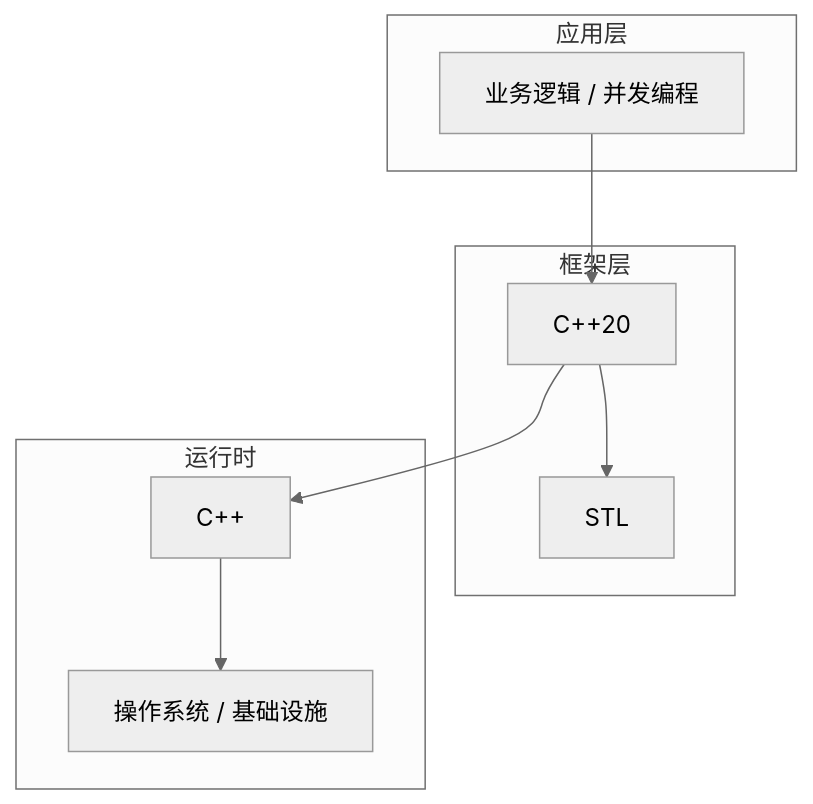
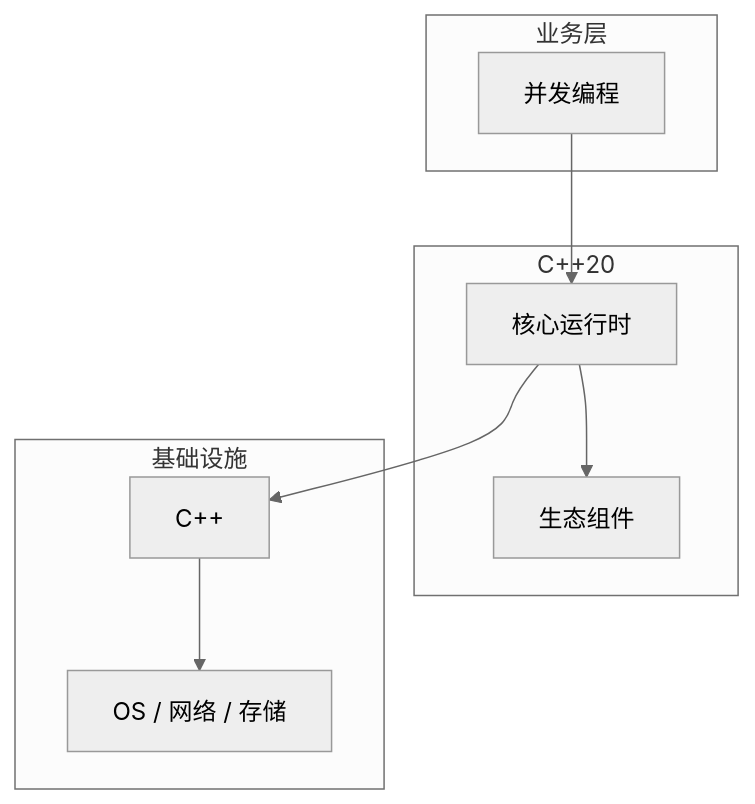
One commit to yanggan2015/knowledge-json-v2 changed the diagram in articles/C++/chapters/149-并发编程核心概念与原理.md. Above: the diagram before and after it, drawn with Mermaid (neutral theme). The commit also changed other lines of this file and 10127 other files, not shown here.

````diff
--- a/articles/C++/chapters/149-并发编程核心概念与原理.md
+++ b/articles/C++/chapters/149-并发编程核心概念与原理.md
@@ -45,18 +34,18 @@
 ```mermaid
 graph TB
-    subgraph 应用层
-        A[业务逻辑 / 并发编程]
+    subgraph 业务层
+        A[并发编程]
     end
-    subgraph 框架层
-        B[C++20]
-        C[STL]
+    subgraph C++20
+        B[核心运行时]
+        C[生态组件]
     end
-    subgraph 运行时
+    subgraph 基础设施
         D[C++]
-        E[操作系统 / 基础设施]
+        E[OS / 网络 / 存储]
     end
     A --> B
     B --> C
     B --> D
     D --> E
 ```
````
